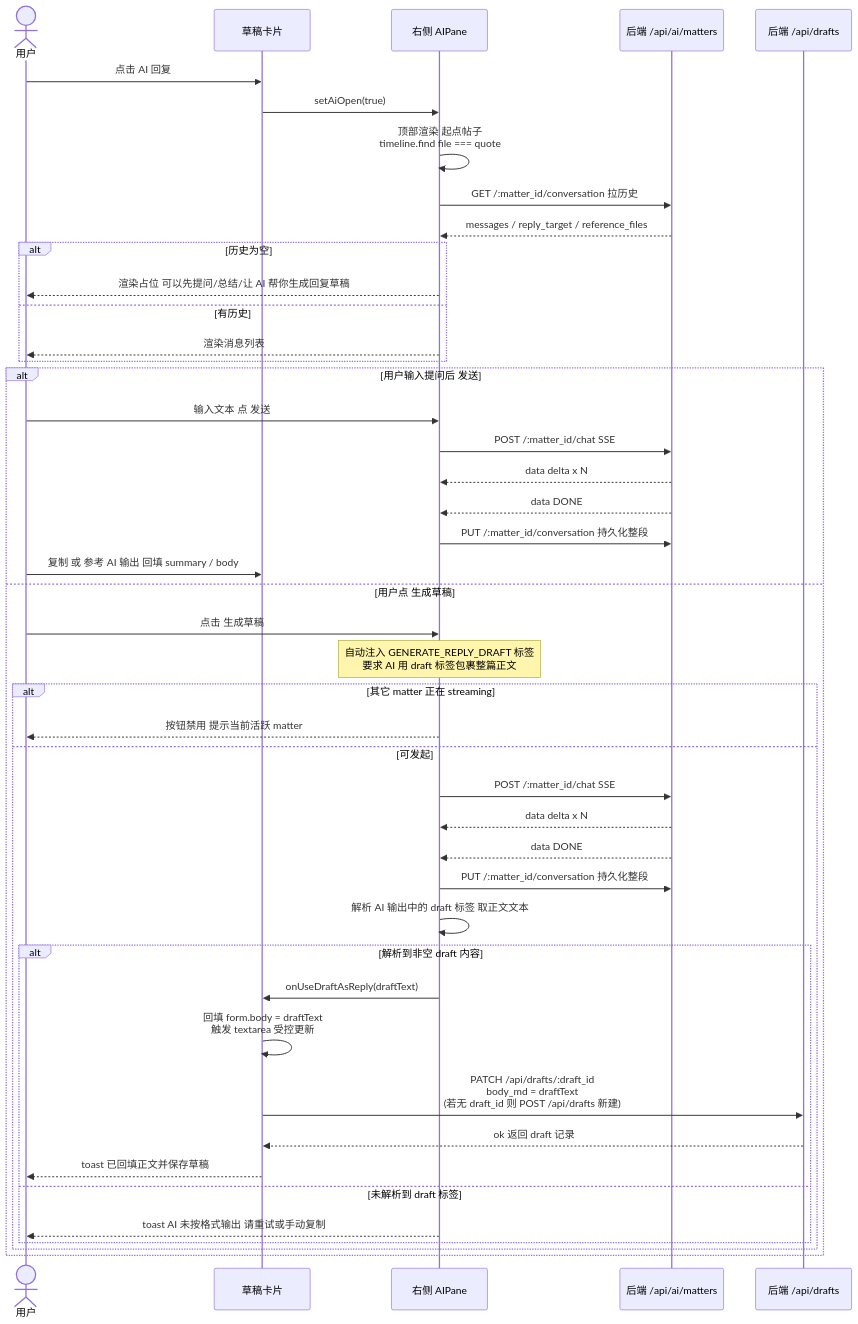
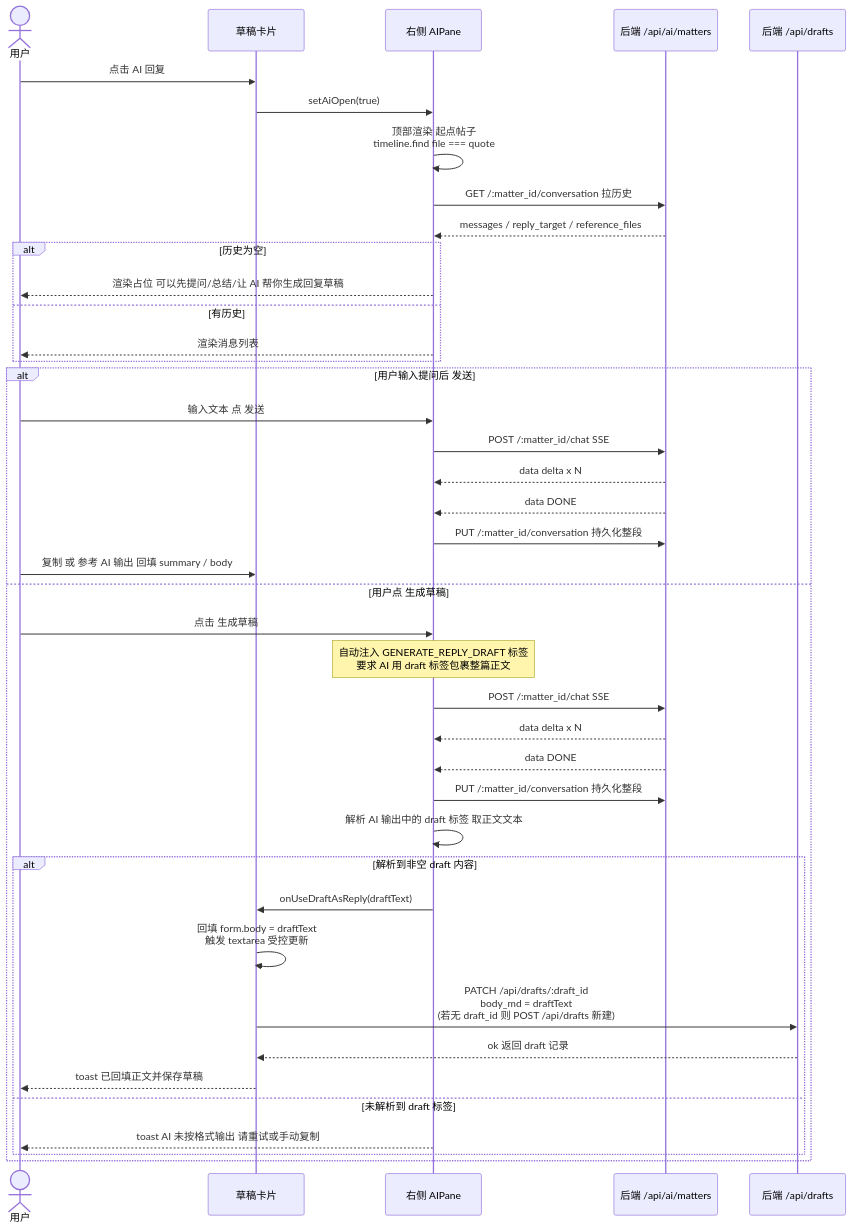
One commit to Tjk666Tjk6660/team-pivot-web changed the diagram in AI-docs/workflow-interaction/flow-ai-assistant.md. Above: the diagram before and after it, drawn with Mermaid.

Commit message:
docs(matter): add workflow-interaction sequence diagram

````diff
--- a/AI-docs/workflow-interaction/flow-ai-assistant.md
+++ b/AI-docs/workflow-interaction/flow-ai-assistant.md
@@ -8,53 +8,49 @@
 ```mermaid
 sequenceDiagram
   actor U as 用户
   participant DC as 草稿卡片
   participant AP as 右侧 AIPane
   participant AIAPI as 后端 /api/ai/matters
   participant DAPI as 后端 /api/drafts
 
   U->>DC: 点击 AI 回复
   DC->>AP: setAiOpen(true)
   AP->>AP: 顶部渲染 起点帖子<br/>timeline.find file === quote
   AP->>AIAPI: GET /:matter_id/conversation 拉历史
   AIAPI-->>AP: messages / reply_target / reference_files
 
   alt 历史为空
     AP-->>U: 渲染占位 可以先提问/总结/让 AI 帮你生成回复草稿
   else 有历史
     AP-->>U: 渲染消息列表
   end
 
   alt 用户输入提问后 发送
     U->>AP: 输入文本 点 发送
     AP->>AIAPI: POST /:matter_id/chat SSE
     AIAPI-->>AP: data delta x N
     AIAPI-->>AP: data DONE
     AP->>AIAPI: PUT /:matter_id/conversation 持久化整段
     U->>DC: 复制 或 参考 AI 输出 回填 summary / body
   else 用户点 生成草稿
     U->>AP: 点击 生成草稿
     Note over AP: 自动注入 GENERATE_REPLY_DRAFT 标签<br/>要求 AI 用 draft 标签包裹整篇正文
 
-    alt 其它 matter 正在 streaming
-      AP-->>U: 按钮禁用 提示当前活跃 matter
-    else 可发起
-      AP->>AIAPI: POST /:matter_id/chat SSE
-      AIAPI-->>AP: data delta x N
-      AIAPI-->>AP: data DONE
-      AP->>AIAPI: PUT /:matter_id/conversation 持久化整段
+    AP->>AIAPI: POST /:matter_id/chat SSE
+    AIAPI-->>AP: data delta x N
+    AIAPI-->>AP: data DONE
+    AP->>AIAPI: PUT /:matter_id/conversation 持久化整段
 
-      AP->>AP: 解析 AI 输出中的 draft 标签 取正文文本
+    AP->>AP: 解析 AI 输出中的 draft 标签 取正文文本
 
-      alt 解析到非空 draft 内容
-        AP->>DC: onUseDraftAsReply(draftText)
-        DC->>DC: 回填 form.body = draftText<br/>触发 textarea 受控更新
-        DC->>DAPI: PATCH /api/drafts/:draft_id<br/>body_md = draftText<br/>(若无 draft_id 则 POST /api/drafts 新建)
-        DAPI-->>DC: ok 返回 draft 记录
-        DC-->>U: toast 已回填正文并保存草稿
-      else 未解析到 draft 标签
-        AP-->>U: toast AI 未按格式输出 请重试或手动复制
-      end
+    alt 解析到非空 draft 内容
+      AP->>DC: onUseDraftAsReply(draftText)
+      DC->>DC: 回填 form.body = draftText<br/>触发 textarea 受控更新
+      DC->>DAPI: PATCH /api/drafts/:draft_id<br/>body_md = draftText<br/>(若无 draft_id 则 POST /api/drafts 新建)
+      DAPI-->>DC: ok 返回 draft 记录
+      DC-->>U: toast 已回填正文并保存草稿
+    else 未解析到 draft 标签
+      AP-->>U: toast AI 未按格式输出 请重试或手动复制
     end
   end
 ```
````
